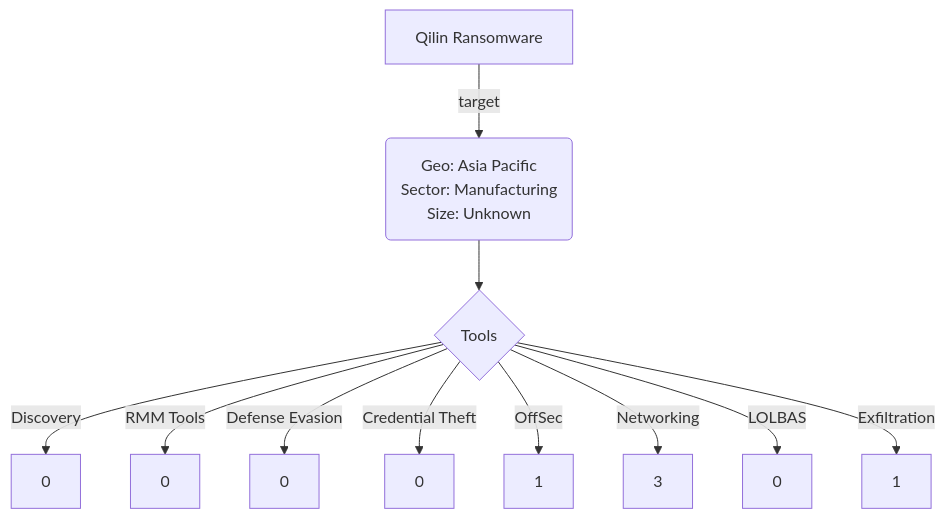
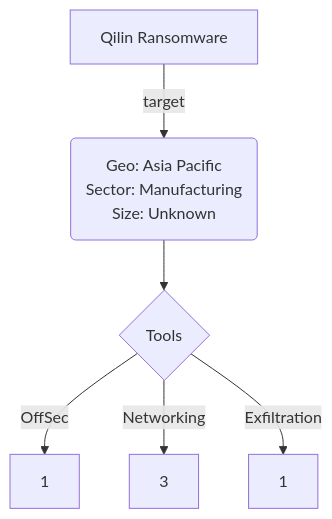
One commit to BushidoUK/Ransomware-Tool-Matrix changed the diagram in CommunityReports/Qilin-April-2023.md. Above: the diagram before and after it, drawn with Mermaid.

````diff
--- a/CommunityReports/Qilin-April-2023.md
+++ b/CommunityReports/Qilin-April-2023.md
@@ -49,15 +49,10 @@
 ```mermaid
 flowchart TD;
     A[Qilin Ransomware] -->|target| B(Geo: Asia Pacific
 Sector: Manufacturing
 Size: Unknown);
     B --> C{Tools};
-    C -->|Discovery| D[0];
-    C -->|RMM Tools| E[0];
-    C -->|Defense Evasion| F[0];
-    C -->|Credential Theft| G[0];
     C -->|OffSec| H[1];
     C -->|Networking| I[3];
-    C -->|LOLBAS| J[0];
     C -->|Exfiltration| K[1];
 ```
````
